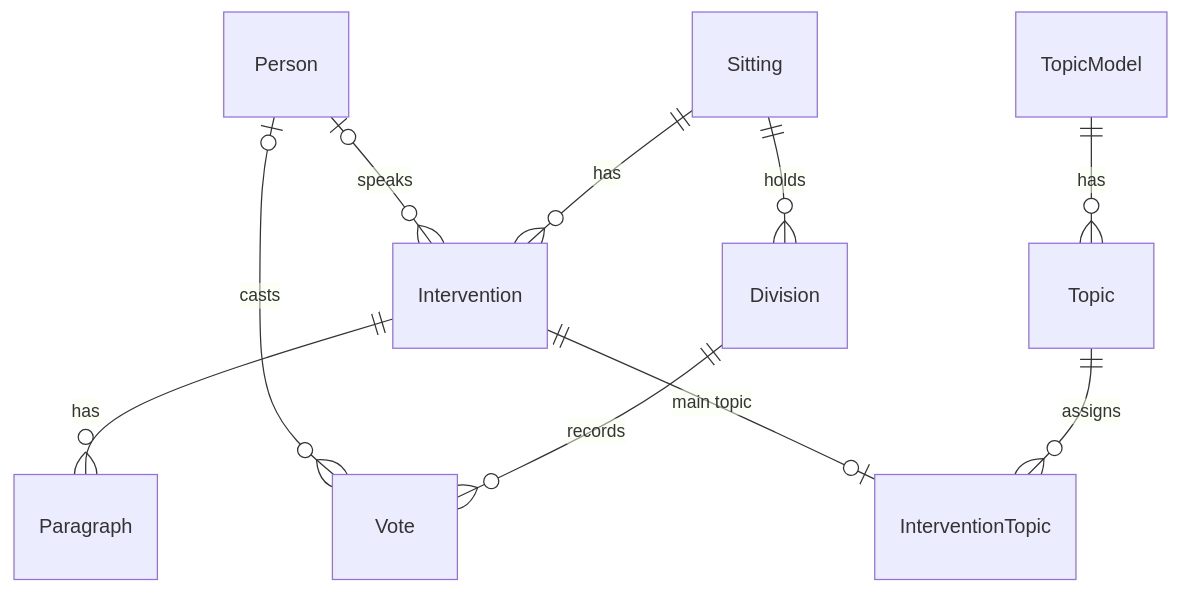
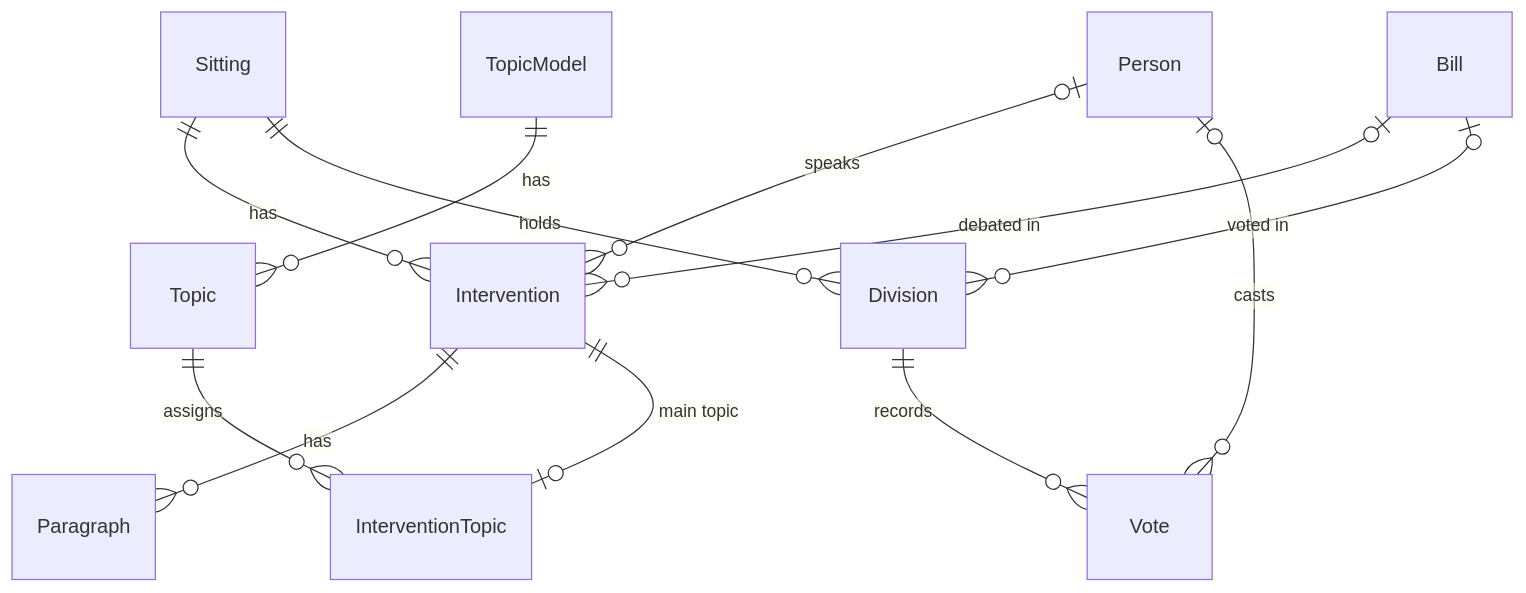
Before and after one commit to omarfaruqe/hansardlens: the second of 2 diagrams in docs/ARCHITECTURE.md, drawn with Mermaid. The commit also changed other lines of this file and 10 other files, not shown here.

````diff
--- a/docs/ARCHITECTURE.md
+++ b/docs/ARCHITECTURE.md
@@ -37,12 +38,14 @@
 ```mermaid
 erDiagram
     Sitting ||--o{ Intervention : has
     Person |o--o{ Intervention : speaks
     Intervention ||--o{ Paragraph : has
     TopicModel ||--o{ Topic : has
     Topic ||--o{ InterventionTopic : assigns
     Intervention ||--o| InterventionTopic : "main topic"
     Sitting ||--o{ Division : holds
     Division ||--o{ Vote : records
     Person |o--o{ Vote : casts
+    Bill |o--o{ Intervention : "debated in"
+    Bill |o--o{ Division : "voted in"
 ```
````
